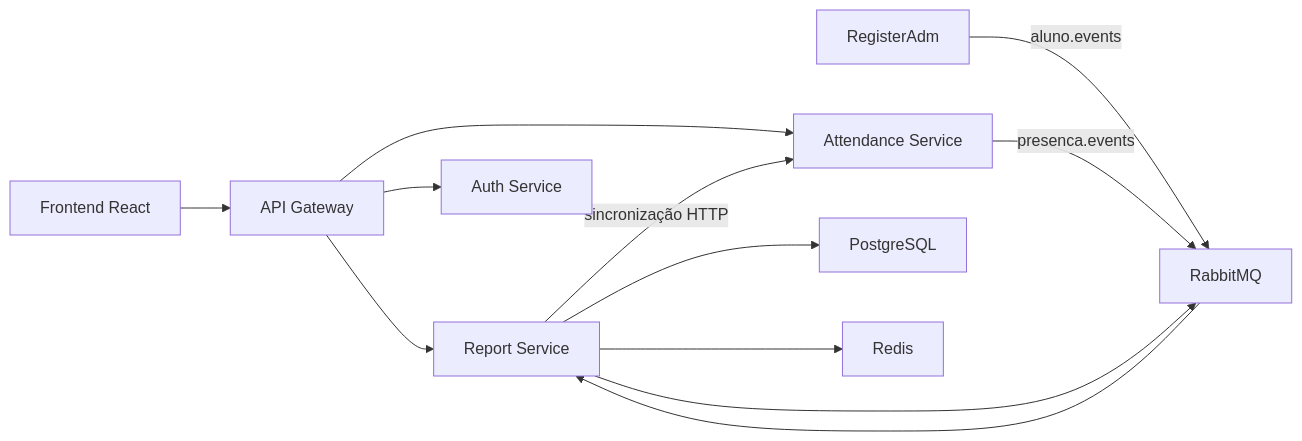
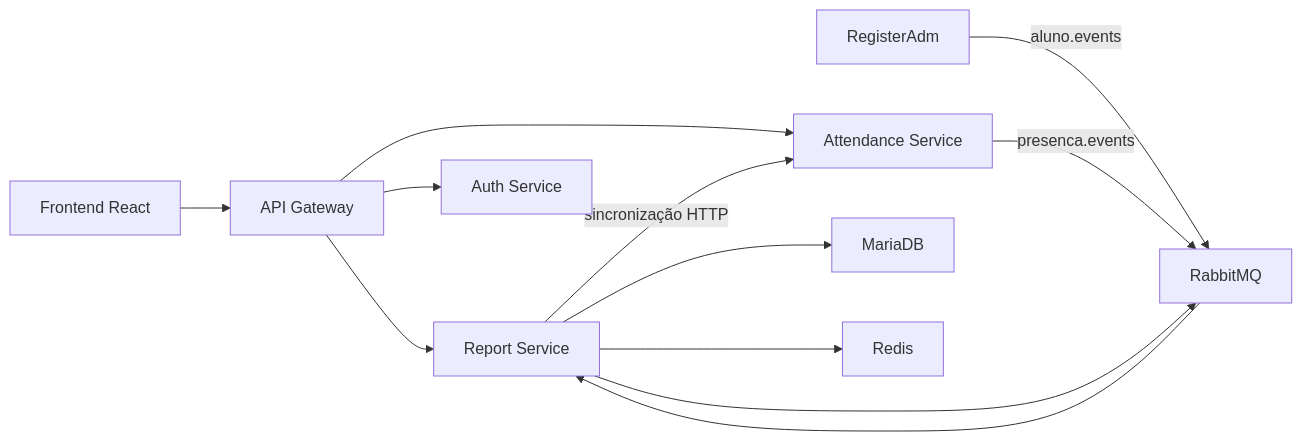
Before and after one commit to Alladin-Furb/report: the first of 2 diagrams in TransporteEscolar.Relatorios/README.md, drawn with Mermaid. The commit also changed other lines of this file and 23 other files, not shown here.

````diff
--- a/TransporteEscolar.Relatorios/README.md
+++ b/TransporteEscolar.Relatorios/README.md
@@ -68,16 +68,16 @@
 ```mermaid
 flowchart LR
     Frontend["Frontend React"] --> Gateway["API Gateway"]
     Gateway --> Report["Report Service"]
     Gateway --> Auth["Auth Service"]
     Gateway --> Attendance["Attendance Service"]
 
     Register["RegisterAdm"] -->|aluno.events| Rabbit["RabbitMQ"]
     Attendance -->|presenca.events| Rabbit
     Rabbit --> Report
 
-    Report --> Postgres["PostgreSQL"]
+    Report --> MariaDb["MariaDB"]
     Report --> Redis["Redis"]
     Report --> Rabbit
     Report -->|sincronização HTTP| Attendance
 ```
````
